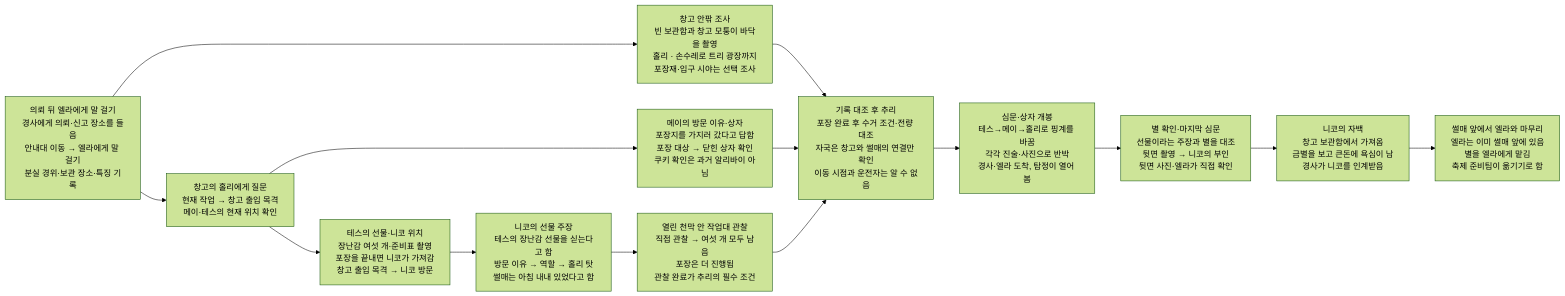
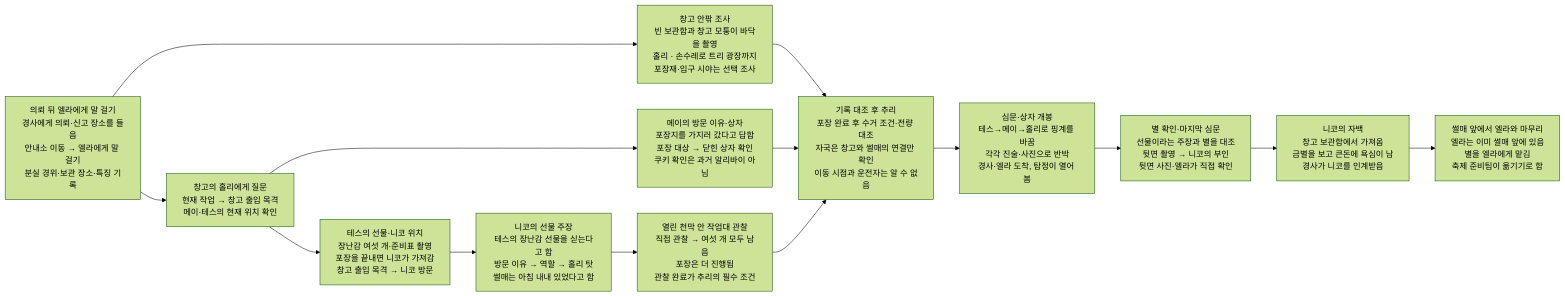
One commit to wonny95/detective-v2 changed the second of 2 diagrams in design/case-10-christmas-star.md. Above: the diagram before and after it, drawn with Mermaid (forest theme). The commit also changed other lines of this file and 3 other files, not shown here.

Commit message:
Christmas star: 안내대 is 안내소 in Korean; the detective's thought goes to Ella at the information desk

````diff
--- a/design/case-10-christmas-star.md
+++ b/design/case-10-christmas-star.md
@@ -49,28 +49,28 @@
 ```mermaid
 flowchart LR
-    s1["의뢰 뒤 엘라에게 말 걸기<br/>경사에게 의뢰·신고 장소를 들음<br/>안내대 이동 → 엘라에게 말 걸기<br/>분실 경위·보관 장소·특징 기록"]
+    s1["의뢰 뒤 엘라에게 말 걸기<br/>경사에게 의뢰·신고 장소를 들음<br/>안내소 이동 → 엘라에게 말 걸기<br/>분실 경위·보관 장소·특징 기록"]
     s2["창고의 홀리에게 질문<br/>현재 작업 → 창고 출입 목격<br/>메이·테스의 현재 위치 확인"]
     s3["창고 안팎 조사<br/>빈 보관함과 창고 모퉁이 바닥을 촬영<br/>홀리 · 손수레로 트리 광장까지<br/>포장재·입구 시야는 선택 조사"]
     s4["메이의 방문 이유·상자<br/>포장지를 가지러 갔다고 답함<br/>포장 대상 → 닫힌 상자 확인<br/>쿠키 확인은 과거 알리바이 아님"]
     s5["테스의 선물·니코 위치<br/>장난감 여섯 개·준비표 촬영<br/>포장을 끝내면 니코가 가져감<br/>창고 출입 목격 → 니코 방문"]
     s6["니코의 선물 주장<br/>테스의 장난감 선물을 싣는다고 함<br/>방문 이유 → 역할 → 홀리 탓<br/>썰매는 아침 내내 있었다고 함"]
     s7["열린 천막 안 작업대 관찰<br/>직접 관찰 → 여섯 개 모두 남음<br/>포장은 더 진행됨<br/>관찰 완료가 추리의 필수 조건"]
     s8["기록 대조 후 추리<br/>포장 완료 후 수거 조건·전량 대조<br/>자국은 창고와 썰매의 연결만 확인<br/>이동 시점과 운전자는 알 수 없음"]
     s9["심문·상자 개봉<br/>테스→메이→홀리로 핑계를 바꿈<br/>각각 진술·사진으로 반박<br/>경사·엘라 도착, 탐정이 열어 봄"]
     s10["별 확인·마지막 심문<br/>선물이라는 주장과 별을 대조<br/>뒷면 촬영 → 니코의 부인<br/>뒷면 사진·엘라가 직접 확인"]
     s11["니코의 자백<br/>창고 보관함에서 가져옴<br/>금별을 보고 큰돈에 욕심이 남<br/>경사가 니코를 인계받음"]
     s12["썰매 앞에서 엘라와 마무리<br/>엘라는 이미 썰매 앞에 있음<br/>별을 엘라에게 맡김<br/>축제 준비팀이 옮기기로 함"]
     s1 --> s2
     s1 --> s3
     s2 --> s4
     s2 --> s5
     s3 --> s8
     s4 --> s8
     s5 --> s6
     s6 --> s7
     s7 --> s8
     s8 --> s9
     s9 --> s10
     s10 --> s11
     s11 --> s12
 ```
````
